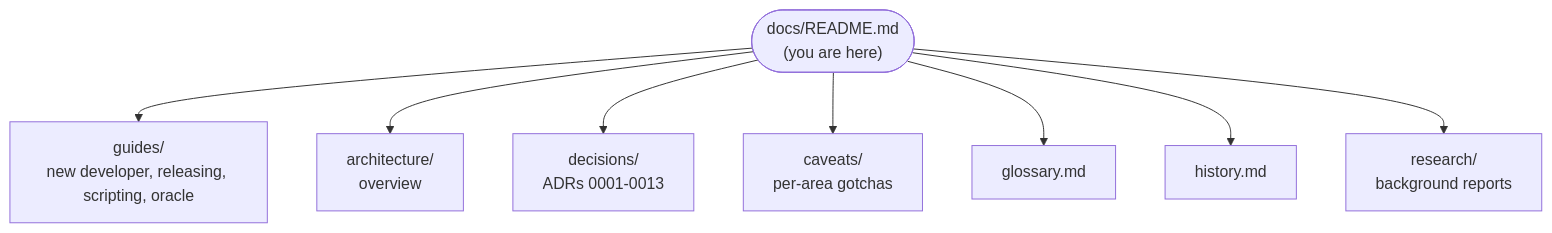
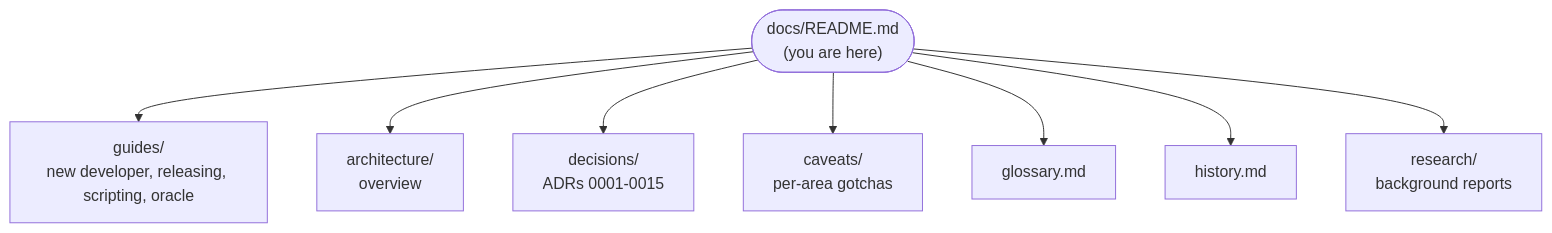
One commit to joebarbere/controls changed the diagram in docs/README.md. Above: the diagram before and after it, drawn with Mermaid. The commit also changed other lines of this file and 3 other files, not shown here.

````diff
--- a/docs/README.md
+++ b/docs/README.md
@@ -5,11 +5,11 @@
 ```mermaid
 flowchart TD
     HUB(["docs/README.md<br/>(you are here)"])
     HUB --> G["guides/<br/>new developer, releasing, scripting, oracle"]
     HUB --> A["architecture/<br/>overview"]
-    HUB --> D["decisions/<br/>ADRs 0001-0013"]
+    HUB --> D["decisions/<br/>ADRs 0001-0015"]
     HUB --> C["caveats/<br/>per-area gotchas"]
     HUB --> GL["glossary.md"]
     HUB --> H["history.md"]
     HUB --> R["research/<br/>background reports"]
 ```
````
